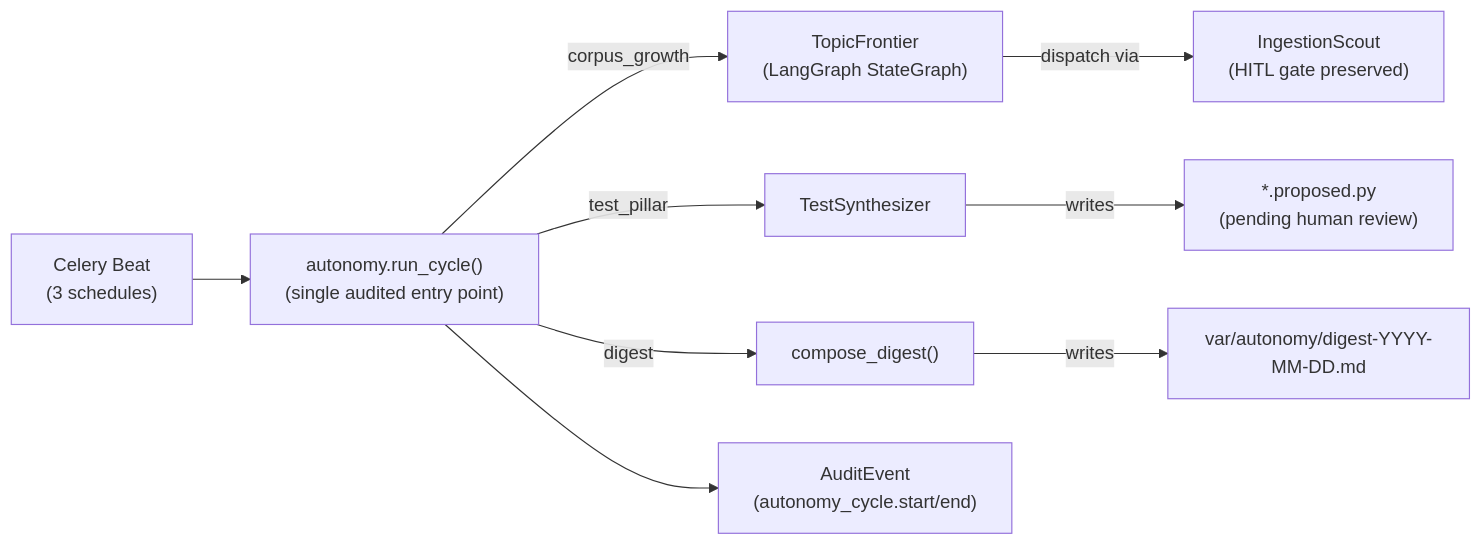
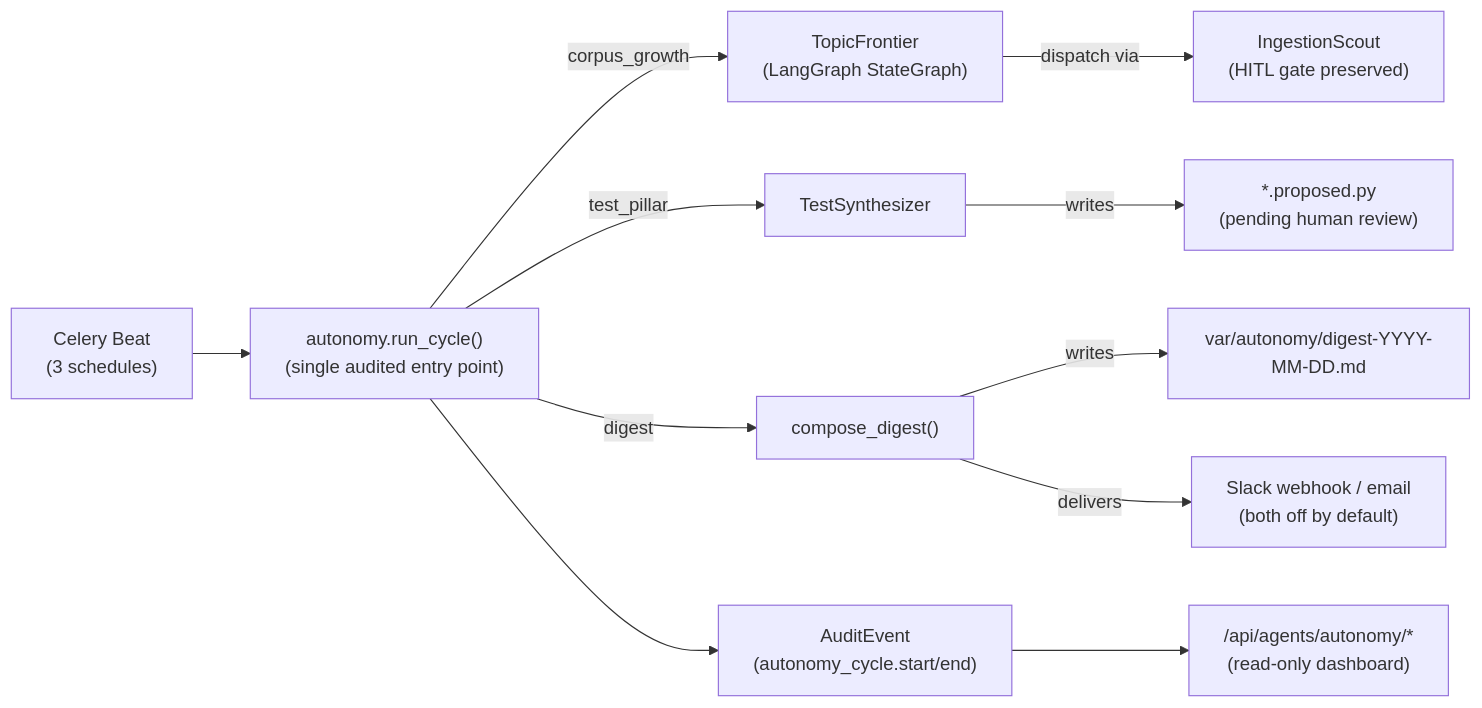
One commit to bamr87/law-ai changed the second of 2 diagrams in docs/architecture.md. Above: the diagram before and after it, drawn with Mermaid. The commit also changed other lines of this file and 739 other files, not shown here.

````diff
--- a/docs/architecture.md
+++ b/docs/architecture.md
@@ -88,11 +89,13 @@
 ```mermaid
 flowchart LR
   Beat["Celery Beat\n(3 schedules)"] --> Entry["autonomy.run_cycle()\n(single audited entry point)"]
   Entry -->|corpus_growth| TF["TopicFrontier\n(LangGraph StateGraph)"]
   Entry -->|test_pillar| TS["TestSynthesizer"]
   Entry -->|digest| Digest["compose_digest()"]
   TF -->|dispatch via| Scout["IngestionScout\n(HITL gate preserved)"]
   TS -->|writes| Proposed["*.proposed.py\n(pending human review)"]
   Digest -->|writes| DigestFile["var/autonomy/digest-YYYY-MM-DD.md"]
+  Digest -->|delivers| Channels["Slack webhook / email\n(both off by default)"]
   Entry --> Provenance["AuditEvent\n(autonomy_cycle.start/end)"]
+  Provenance --> Panels["/api/agents/autonomy/*\n(read-only dashboard)"]
 ```
````
